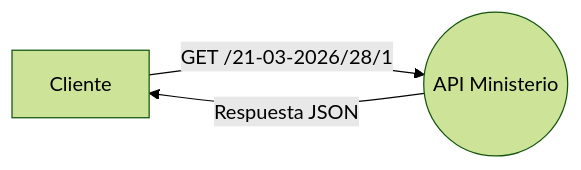
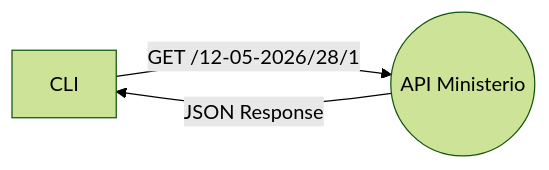
Before and after one commit to HuguitoH/AB-HHM-U20: the second of 3 diagrams in README.md, drawn with Mermaid (forest theme). The commit also changed other lines of this file, not shown here.

````diff
--- a/README.md
+++ b/README.md
@@ -213,5 +270,5 @@
 ```mermaid
 graph LR
-    A[Cliente] -- "GET /21-03-2026/28/1" --> B((API Ministerio))
-    B -- "Respuesta JSON" --> A
+    A[CLI] -- "GET /12-05-2026/28/1" --> B((API Ministerio))
+    B -- "JSON Response" --> A
 ```
````
